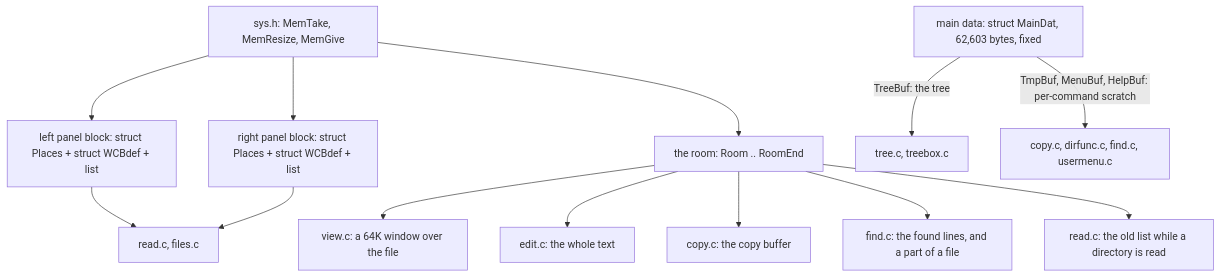
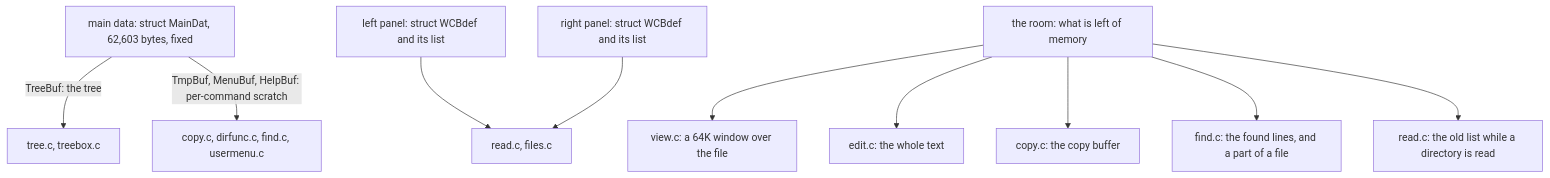
The first of 6 diagrams in docs/design/02-the-features.md (mmotorny/vibe_commander), drawn with Mermaid before and after one commit. The commit also changed other lines of this file and 13 other files, not shown here.

````diff
--- a/docs/design/02-the-features.md
+++ b/docs/design/02-the-features.md
@@ -24,20 +22,16 @@
 ```mermaid
 graph TD
     MD["main data: struct MainDat, 62,603 bytes, fixed"]
-    LP["left panel block: struct Places + struct WCBdef + list"]
-    RP["right panel block: struct Places + struct WCBdef + list"]
-    ROOM["the room: Room .. RoomEnd"]
-    SYS["sys.h: MemTake, MemResize, MemGive"]
-    SYS --> LP
-    SYS --> RP
-    SYS --> ROOM
+    LP["left panel: struct WCBdef and its list"]
+    RP["right panel: struct WCBdef and its list"]
+    ROOM["the room: what is left of memory"]
     MD -- "TreeBuf: the tree" --> TREE["tree.c, treebox.c"]
     MD -- "TmpBuf, MenuBuf, HelpBuf: per-command scratch" --> CMDS["copy.c, dirfunc.c, find.c, usermenu.c"]
     LP --> READ["read.c, files.c"]
     RP --> READ
     ROOM --> VIEW["view.c: a 64K window over the file"]
     ROOM --> EDIT["edit.c: the whole text"]
     ROOM --> COPY["copy.c: the copy buffer"]
     ROOM --> FIND["find.c: the found lines, and a part of a file"]
     ROOM --> OLD["read.c: the old list while a directory is read"]
 ```
````
